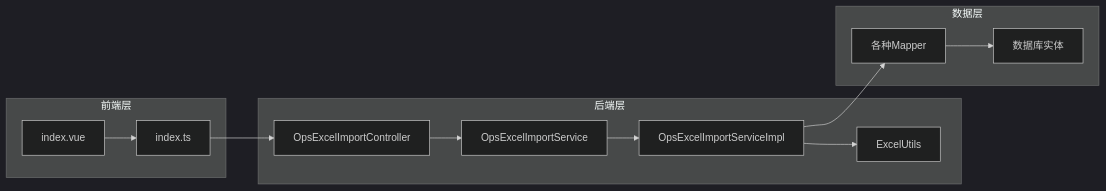
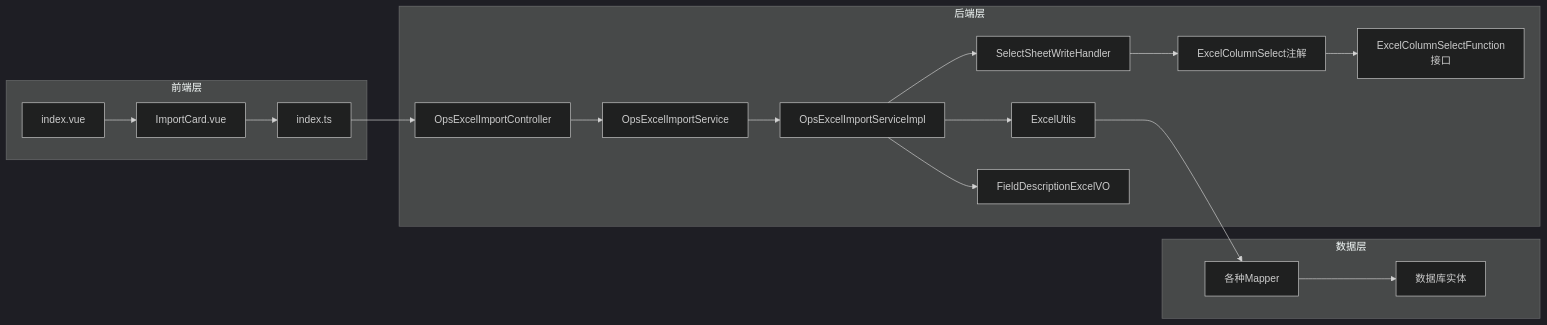
One commit to xiaoche80s-tech/rouyi-vue-pro changed the ninth of 10 diagrams in .qoder/repowiki/zh/content/核心模块/Excel批量导入功能.md. Above: the diagram before and after it, drawn with Mermaid (dark theme). The commit also changed other lines of this file and 536 other files, not shown here.

````diff
--- a/.qoder/repowiki/zh/content/核心模块/Excel批量导入功能.md
+++ b/.qoder/repowiki/zh/content/核心模块/Excel批量导入功能.md
@@ -359,24 +485,34 @@
 ```mermaid
 graph LR
 subgraph "前端层"
 A[index.vue]
 B[index.ts]
+C[ImportCard.vue]
 end
 subgraph "后端层"
-C[OpsExcelImportController]
-D[OpsExcelImportService]
-E[OpsExcelImportServiceImpl]
-F[ExcelUtils]
+D[OpsExcelImportController]
+E[OpsExcelImportService]
+F[OpsExcelImportServiceImpl]
+G[ExcelUtils]
+H[SelectSheetWriteHandler]
+I[ExcelColumnSelect注解]
+J[ExcelColumnSelectFunction接口]
+K[FieldDescriptionExcelVO]
 end
 subgraph "数据层"
-G[各种Mapper]
-H[数据库实体]
+L[各种Mapper]
+M[数据库实体]
 end
-A --> B
-B --> C
-C --> D
+A --> C
+C --> B
+B --> D
 D --> E
 E --> F
-E --> G
-G --> H
+F --> G
+F --> H
+H --> I
+I --> J
+F --> K
+G --> L
+L --> M
 ```
````
